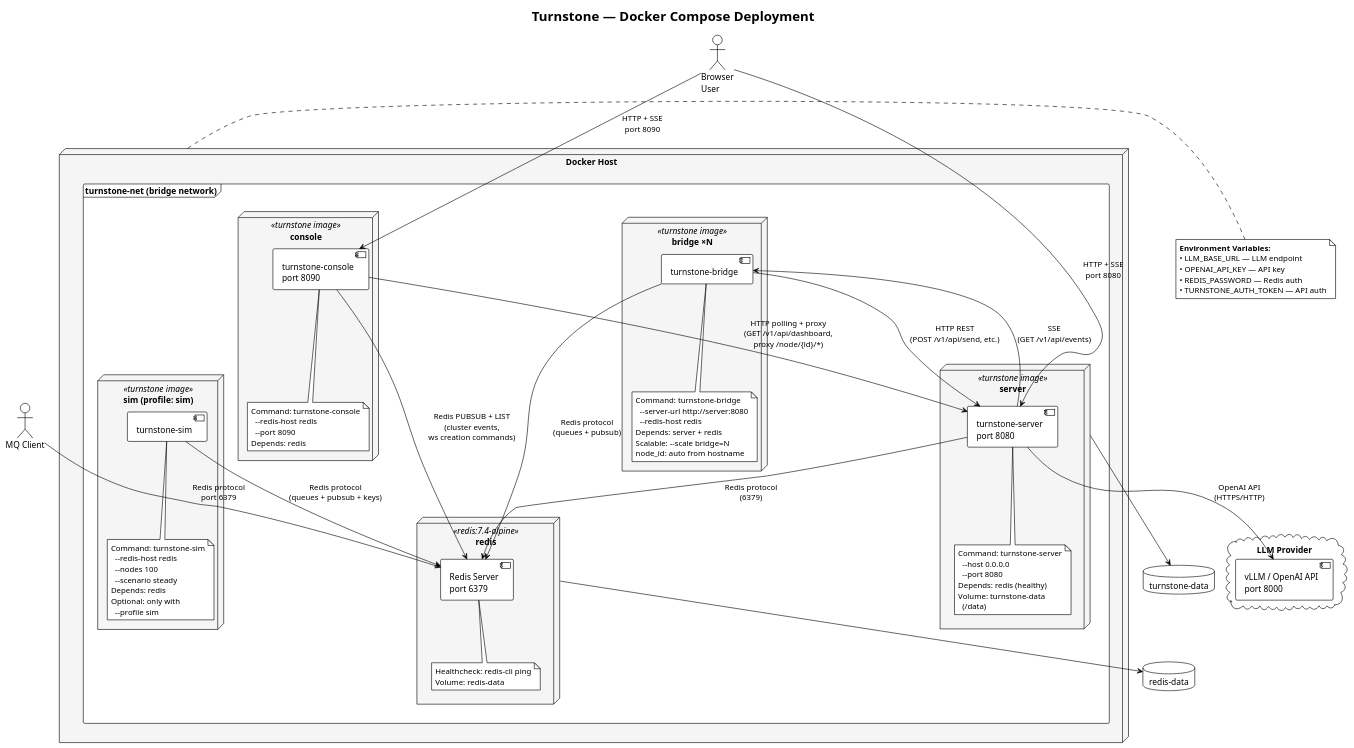
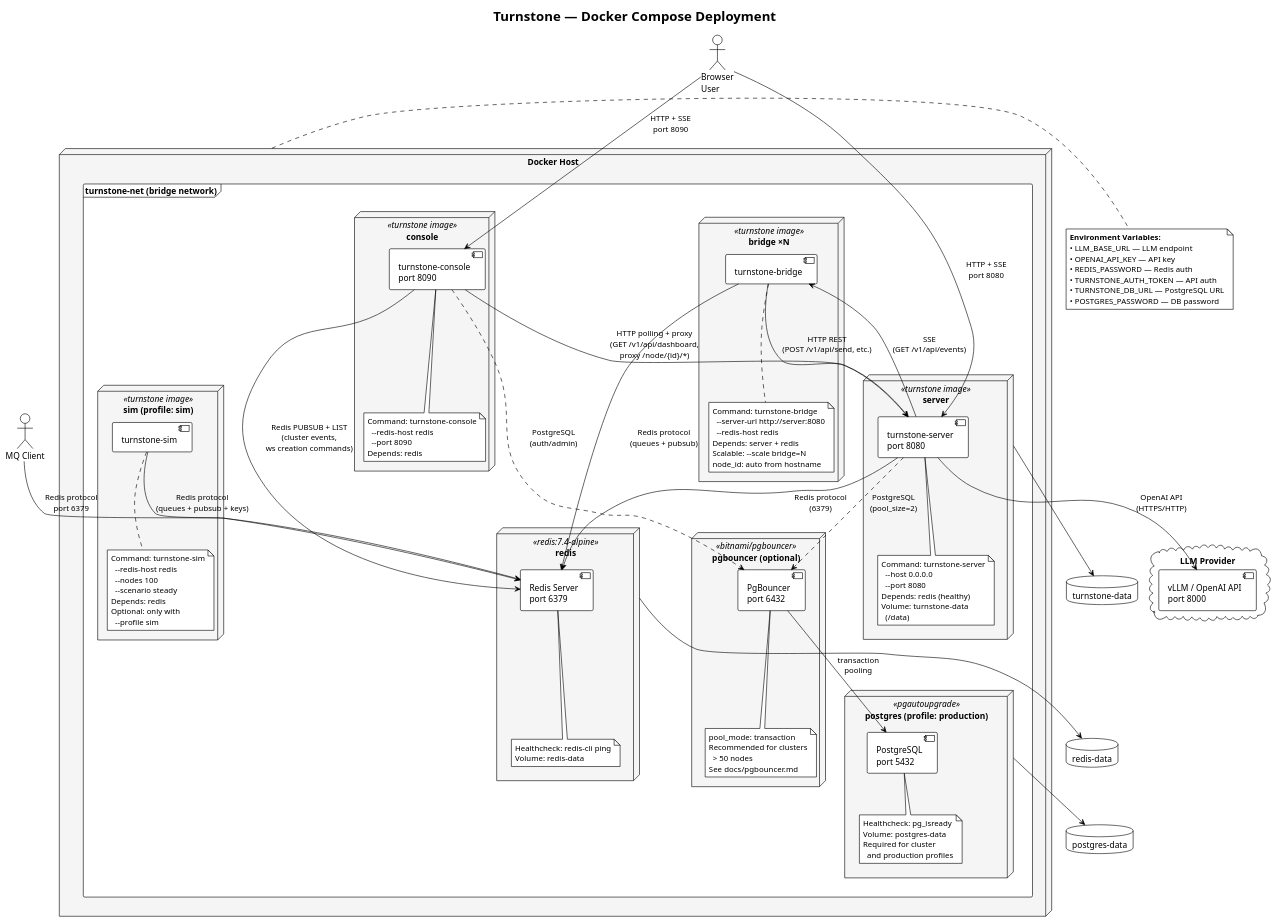
One commit to turnstonelabs/turnstone changed the diagram in docs/diagrams/12-deployment.puml. Above: the diagram before and after it, drawn with PlantUML. The commit also changed 26 other files, not shown here.

First line of the commit message:
feat: raise scaling limits for 1000-node clusters

```diff
--- a/docs/diagrams/12-deployment.puml
+++ b/docs/diagrams/12-deployment.puml
@@ -1,111 +1,140 @@
 @startuml
 !theme plain
 title Turnstone — Docker Compose Deployment
 
 skinparam node {
     BackgroundColor #F5F5F5
 }
 
 cloud "LLM Provider" as llm {
     component [vLLM / OpenAI API\nport 8000] as llm_api
 }
 
 node "Docker Host" as host {
 
     frame "turnstone-net (bridge network)" as net {
 
         node "redis" <<redis:7.4-alpine>> as redis_node {
             component [Redis Server\nport 6379] as redis
             note bottom of redis
                 Healthcheck: redis-cli ping
                 Volume: redis-data
             end note
         }
 
         node "server" <<turnstone image>> as server_node {
             component [turnstone-server\nport 8080] as server
             note bottom of server
                 Command: turnstone-server
                   --host 0.0.0.0
                   --port 8080
                 Depends: redis (healthy)
                 Volume: turnstone-data
                   (/data)
             end note
         }
 
         node "bridge ×N" <<turnstone image>> as bridge_node {
             component [turnstone-bridge] as bridge
             note bottom of bridge
                 Command: turnstone-bridge
                   --server-url http://server:8080
                   --redis-host redis
                 Depends: server + redis
                 Scalable: --scale bridge=N
                 node_id: auto from hostname
             end note
         }
 
         node "console" <<turnstone image>> as console_node {
             component [turnstone-console\nport 8090] as console
             note bottom of console
                 Command: turnstone-console
                   --redis-host redis
                   --port 8090
                 Depends: redis
             end note
         }
 
+        node "postgres (profile: production)" <<pgautoupgrade>> as pg_node {
+            component [PostgreSQL\nport 5432] as postgres
+            note bottom of postgres
+                Healthcheck: pg_isready
+                Volume: postgres-data
+                Required for cluster
+                  and production profiles
+            end note
+        }
+
+        node "pgbouncer (optional)" <<bitnami/pgbouncer>> as pgb_node {
+            component [PgBouncer\nport 6432] as pgbouncer
+            note bottom of pgbouncer
+                pool_mode: transaction
+                Recommended for clusters
+                  > 50 nodes
+                See docs/pgbouncer.md
+            end note
+        }
+
         node "sim (profile: sim)" <<turnstone image>> as sim_node {
             component [turnstone-sim] as sim
             note bottom of sim
                 Command: turnstone-sim
                   --redis-host redis
                   --nodes 100
                   --scenario steady
                 Depends: redis
                 Optional: only with
                   --profile sim
             end note
         }
     }
 }
 
 actor "Browser\nUser" as browser
 actor "MQ Client" as mqclient
 
 ' External connections
 browser --> server : HTTP + SSE\nport 8080
 browser --> console : HTTP + SSE\nport 8090
 mqclient --> redis : Redis protocol\nport 6379
 
 ' Internal connections
 server --> redis : Redis protocol\n(6379)
 server --> llm_api : OpenAI API\n(HTTPS/HTTP)
 
 bridge --> server : HTTP REST\n(POST /v1/api/send, etc.)
 bridge <-- server : SSE\n(GET /v1/api/events)
 bridge --> redis : Redis protocol\n(queues + pubsub)
 
 console --> redis : Redis PUBSUB + LIST\n(cluster events,\nws creation commands)
 console --> server : HTTP polling + proxy\n(GET /v1/api/dashboard,\nproxy /node/{id}/*)
 
 sim --> redis : Redis protocol\n(queues + pubsub + keys)
 
+' Database connections (production/cluster profiles)
+server ..> pgbouncer : PostgreSQL\n(pool_size=2)
+console ..> pgbouncer : PostgreSQL\n(auth/admin)
+pgbouncer --> postgres : transaction\npooling
+
 ' Environment variables
 note right of host
     **Environment Variables:**
     • LLM_BASE_URL — LLM endpoint
     • OPENAI_API_KEY — API key
     • REDIS_PASSWORD — Redis auth
     • TURNSTONE_AUTH_TOKEN — API auth
+    • TURNSTONE_DB_URL — PostgreSQL URL
+    • POSTGRES_PASSWORD — DB password
 end note
 
 ' Volumes
 database "redis-data" as rv
 database "turnstone-data" as tv
+database "postgres-data" as pv
 
 redis_node --> rv
 server_node --> tv
+pg_node --> pv
 
 @enduml
```
